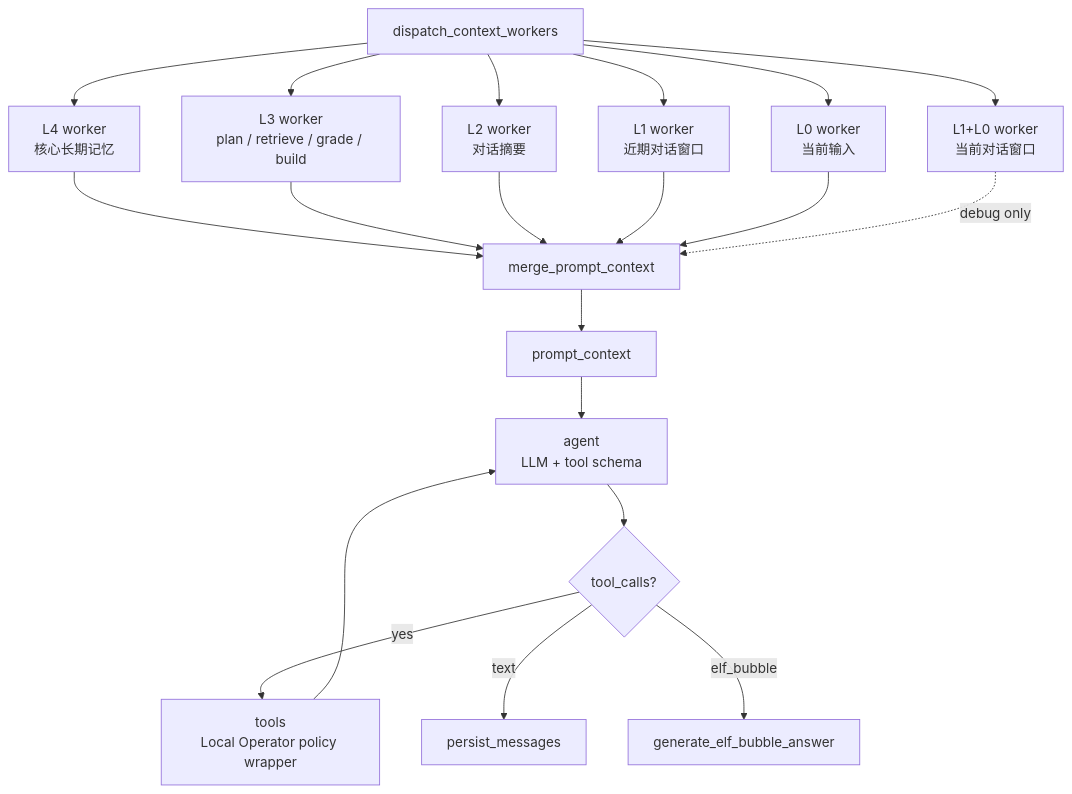
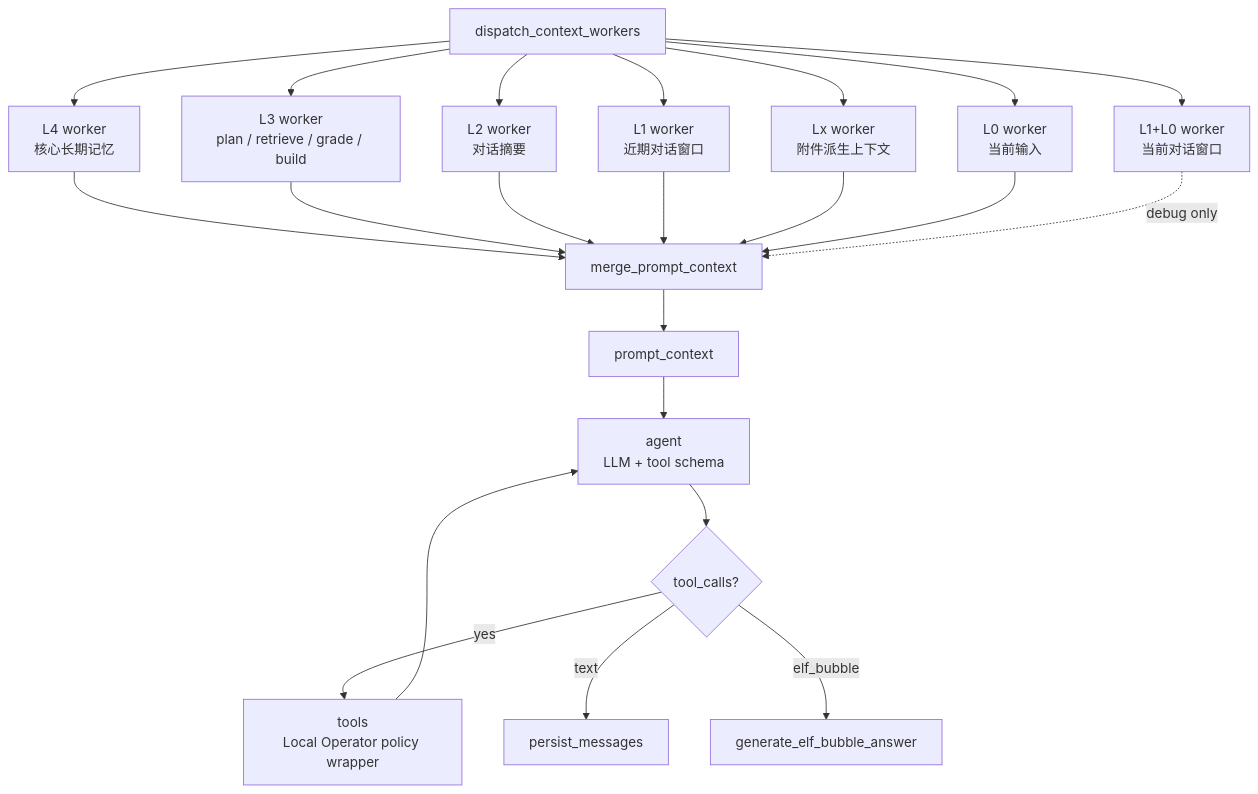
Before and after one commit to LiuJiaxuan1024/AiMemo: the second of 5 diagrams in docs/agent/memory-chat-graph.md, drawn with Mermaid. The commit also changed other lines of this file and 28 other files, not shown here.

````diff
--- a/docs/agent/memory-chat-graph.md
+++ b/docs/agent/memory-chat-graph.md
@@ -491,24 +501,26 @@
 ```mermaid
 flowchart TD
     Dispatch[dispatch_context_workers] --> L4[L4 worker<br/>核心长期记忆]
     Dispatch --> L3[L3 worker<br/>plan / retrieve / grade / build]
     Dispatch --> L2[L2 worker<br/>对话摘要]
     Dispatch --> L1[L1 worker<br/>近期对话窗口]
+    Dispatch --> LX[Lx worker<br/>附件派生上下文]
     Dispatch --> L0[L0 worker<br/>当前输入]
     Dispatch --> Window[L1+L0 worker<br/>当前对话窗口]
 
     L4 --> Merge[merge_prompt_context]
     L3 --> Merge
     L2 --> Merge
     L1 --> Merge
+    LX --> Merge
     L0 --> Merge
     Window -. debug only .-> Merge
 
     Merge --> Prompt[prompt_context]
     Prompt --> Agent[agent<br/>LLM + tool schema]
     Agent --> Route{tool_calls?}
     Route -->|yes| Tools[tools<br/>Local Operator policy wrapper]
     Tools --> Agent
     Route -->|text| Persist[persist_messages]
     Route -->|elf_bubble| BubbleGenerate[generate_elf_bubble_answer]
 ```
````
